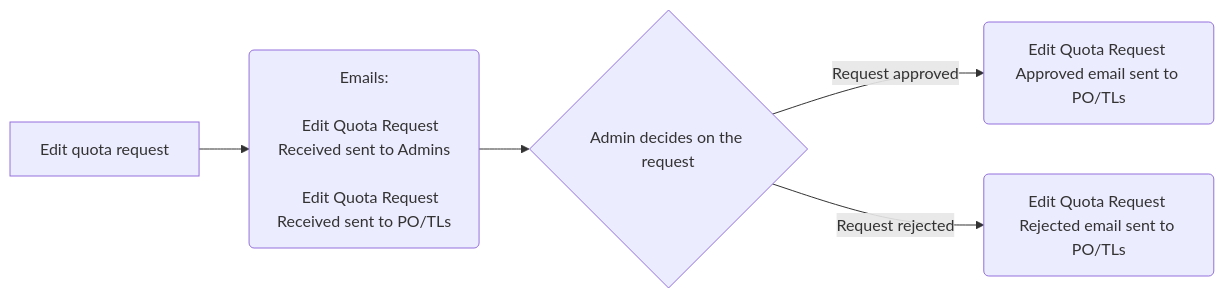
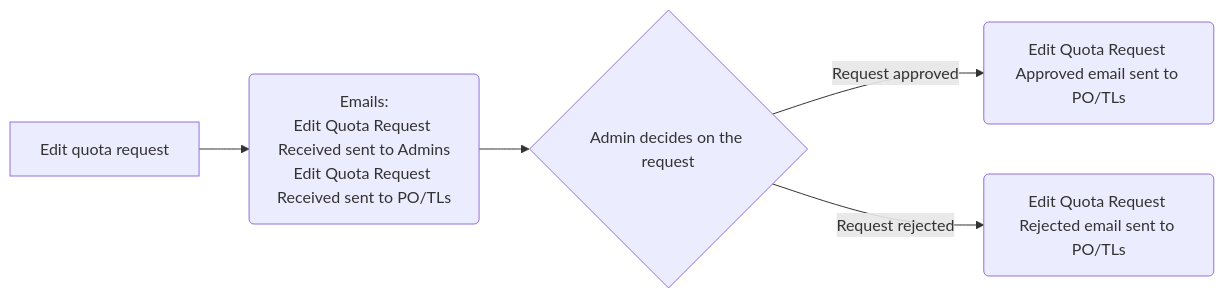
One commit to bcgov/platform-services-registry changed the second of 4 diagrams in docs/email-scenarios.md. Above: the diagram before and after it, drawn with Mermaid. The commit also changed other lines of this file, not shown here.

Commit message:
new line add to mermaid diagram

````diff
--- a/docs/email-scenarios.md
+++ b/docs/email-scenarios.md
@@ -63,10 +61,8 @@
 ```mermaid
 flowchart LR
-    A[Edit quota request] --> B(Emails:<br>
-    Edit Quota Request Received sent to Admins<br>
-    Edit Quota Request Received sent to PO/TLs
+    A[Edit quota request] --> B(Emails:<br>Edit Quota Request Received sent to Admins<br>Edit Quota Request Received sent to PO/TLs
     )
     B --> C{Admin decides on the request}
     C -->|Request approved| D(Edit Quota Request Approved email sent to PO/TLs)
     C -->|Request rejected| E(Edit Quota Request Rejected email sent to PO/TLs)
 ```
````
